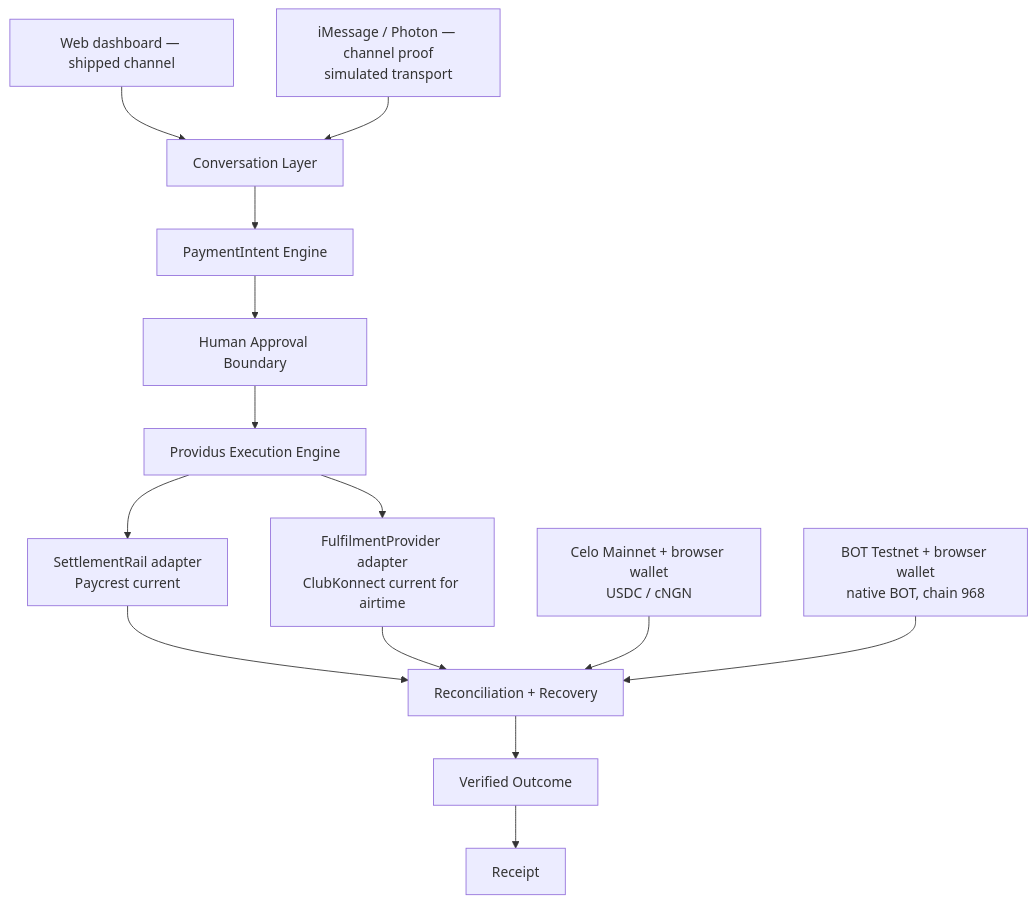
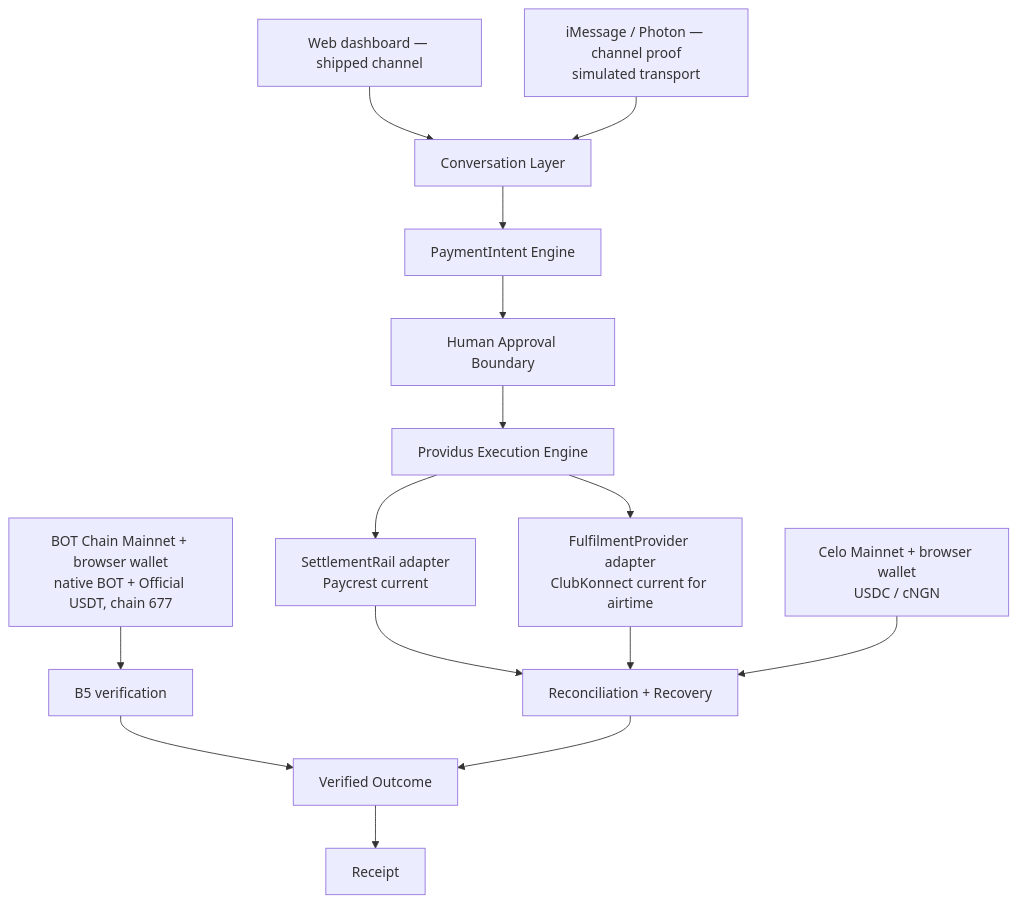
Before and after one commit to Devendurance/useprovidus: the diagram in README.md, drawn with Mermaid. The commit also changed other lines of this file and 40 other files, not shown here.

````diff
--- a/README.md
+++ b/README.md
@@ -165,16 +165,17 @@
 ```mermaid
 graph TD
     Web[Web dashboard — shipped channel] --> Conversation[Conversation Layer]
     iMsg[iMessage / Photon — channel proof<br/>simulated transport] --> Conversation
     Conversation --> Intent[PaymentIntent Engine]
     Intent --> Approval[Human Approval Boundary]
     Approval --> Execution[Providus Execution Engine]
     Execution --> Settlement[SettlementRail adapter<br/>Paycrest current]
     Execution --> Fulfilment[FulfilmentProvider adapter<br/>ClubKonnect current for airtime]
     Settlement --> Reconcile[Reconciliation + Recovery]
     Fulfilment --> Reconcile
     Celo[Celo Mainnet + browser wallet<br/>USDC / cNGN] --> Reconcile
-    BOT[BOT Testnet + browser wallet<br/>native BOT, chain 968] --> Reconcile
+    BOT[BOT Chain Mainnet + browser wallet<br/>native BOT + Official USDT, chain 677] --> B5[B5 verification]
+    B5 --> Outcome
     Reconcile --> Outcome[Verified Outcome]
     Outcome --> Receipt[Receipt]
 ```
````
